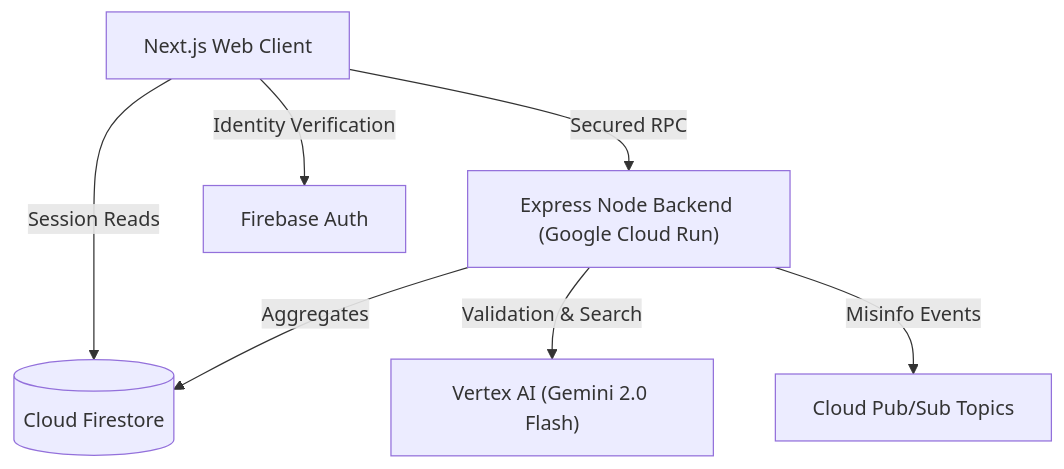
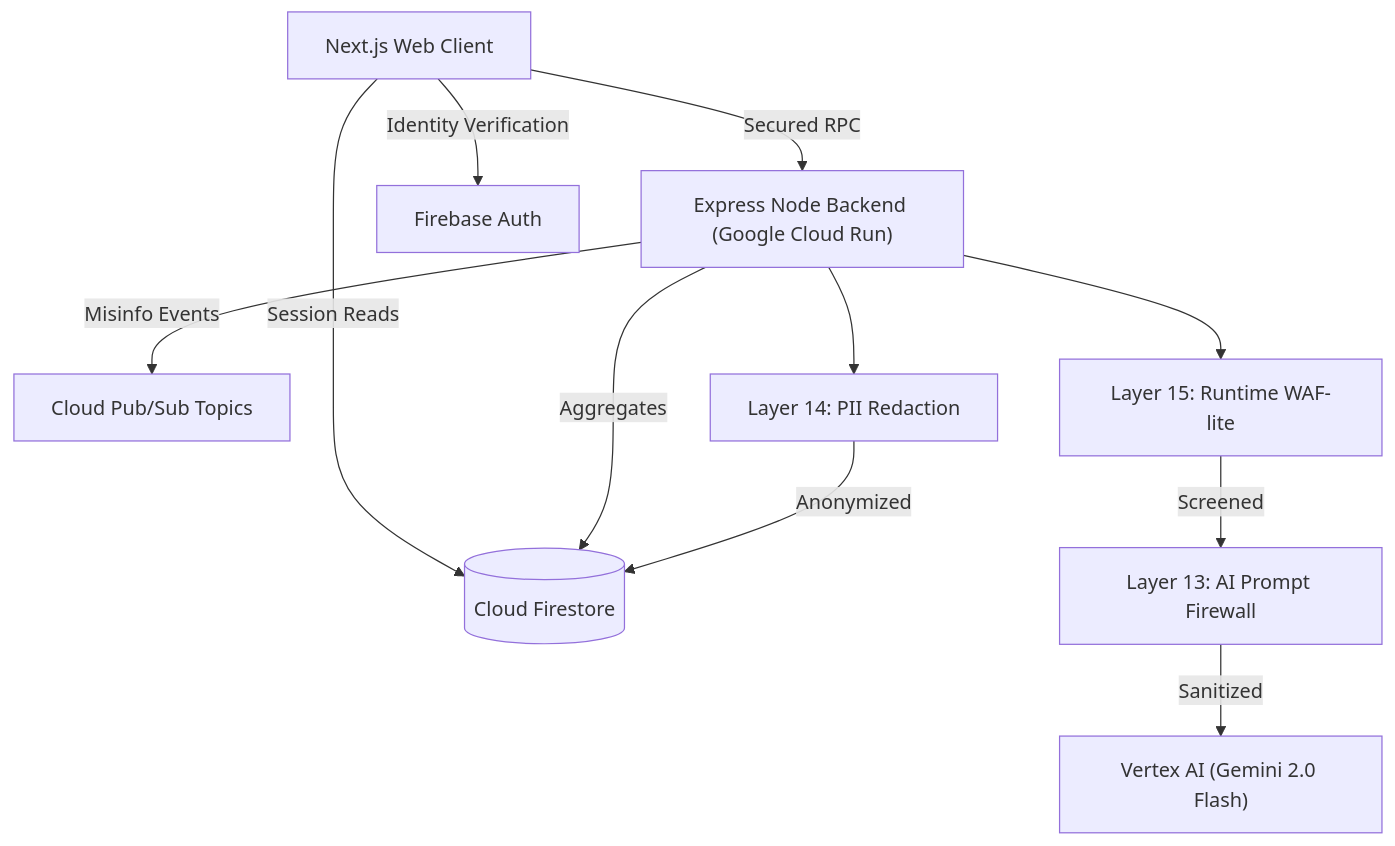
One commit to sujithputta02/civiq changed the diagram in docs/JUDGE_EVIDENCE.md. Above: the diagram before and after it, drawn with Mermaid. The commit also changed other lines of this file and 209 other files, not shown here.

````diff
--- a/docs/JUDGE_EVIDENCE.md
+++ b/docs/JUDGE_EVIDENCE.md
@@ -9,16 +9,23 @@
 ```mermaid
 graph TD
     Client["Next.js Web Client"]
     API["Express Node Backend (Google Cloud Run)"]
     Auth["Firebase Auth"]
     DB[("Cloud Firestore")]
     AI["Vertex AI (Gemini 2.0 Flash)"]
     PubSub["Cloud Pub/Sub Topics"]
+    WAF["Layer 15: Runtime WAF-lite"]
+    Firewall["Layer 13: AI Prompt Firewall"]
+    PII["Layer 14: PII Redaction"]
 
     Client -->|Session Reads| DB
     Client -->|Secured RPC| API
     Client -->|Identity Verification| Auth
+    API --> WAF
+    WAF -->|Screened| Firewall
+    Firewall -->|Sanitized| AI
     API -->|Aggregates| DB
-    API -->|Validation & Search| AI
     API -->|Misinfo Events| PubSub
+    API --> PII
+    PII -->|Anonymized| DB
 ```
````
